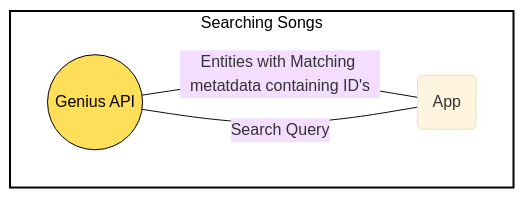
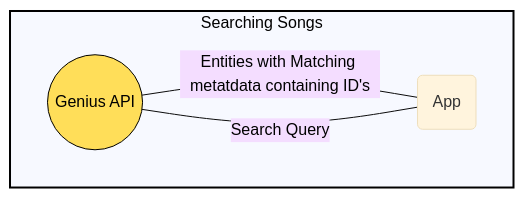
Before and after one commit to shub39/Rush: the diagram in README.md, drawn with Mermaid (base theme).

Commit message:
:fire: Flow test

````diff
--- a/README.md
+++ b/README.md
@@ -88,14 +88,16 @@
 ```mermaid
 flowchart
-	subgraph s1["Searching Songs"]
-		n3
-		n2@{ label: "App" }
-	end
-	n2
-	n2
-	s1
-	n2@{ shape: "rounded", label: "App" } --- |Search Query| n3@{ shape: "circle", label: "Genius API" }
-	style n3 color:#000000,stroke:#000000,fill:#FFDE59
-	style s1 stroke-width:2px,color:#000000,fill:#FFFFFF,stroke:#000000
-	n3 --- |Entities with Matching metatdata containing ID's| n2
+subgraph s1["Searching Songs"]
+n3
+n2@{ label: "App" }
+end
+n2
+n2
+s1
+n2@{ shape: "rounded", label: "App" } --- |Search Query| n3@{ shape: "circle", label: "Genius API" }
+style n3 color:#000000,stroke:#000000,fill:#FFDE59
+n3 --- |Entities with Matching metatdata containing ID's| n2
+style s1 stroke-width:2px,color:#000000,stroke:#000000
+linkStyle 1 color:#000000
+linkStyle 0 color:#000000
 ```
````
